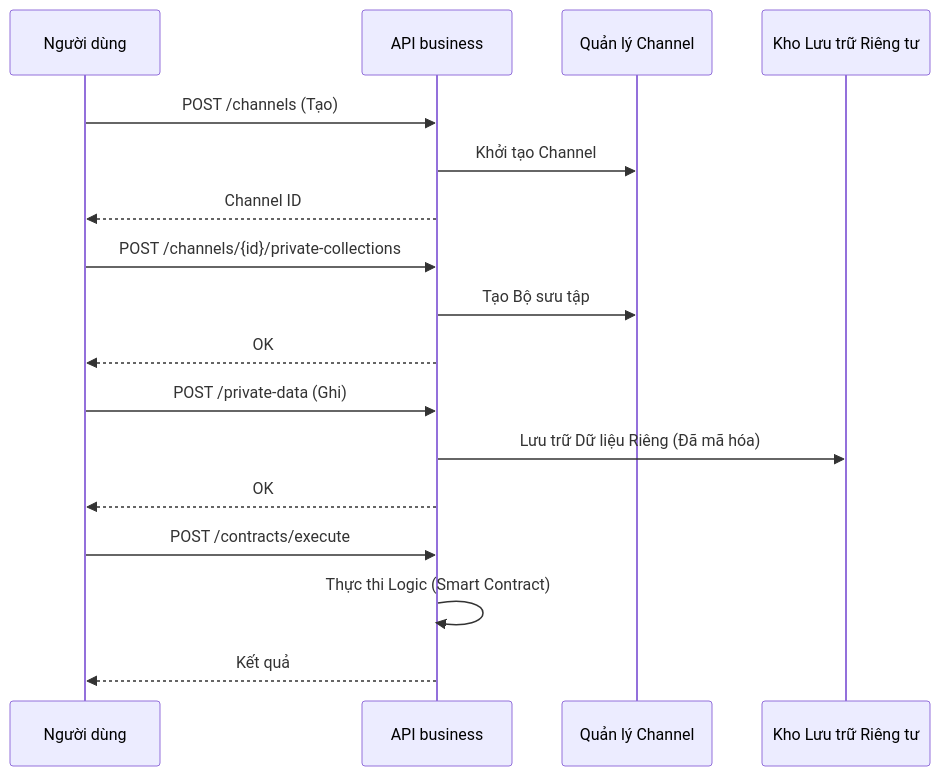
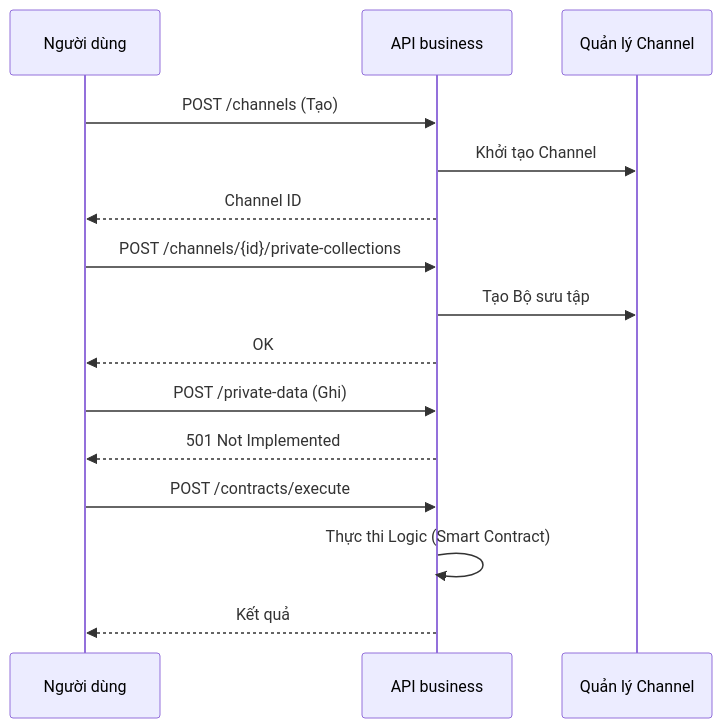
Before and after one commit to VanDung-dev/HieraChain: the diagram in docs/vi/reference/api-business.md, drawn with Mermaid. The commit also changed other lines of this file and 63 other files, not shown here.

````diff
--- a/docs/vi/reference/api-business.md
+++ b/docs/vi/reference/api-business.md
@@ -19,23 +19,21 @@
 ```mermaid
 sequenceDiagram
     participant User as Người dùng
     participant API as API business
     participant Channel as Quản lý Channel
-    participant Store as Kho Lưu trữ Riêng tư
 
     User->>API: POST /channels (Tạo)
     API->>Channel: Khởi tạo Channel
     API-->>User: Channel ID
 
     User->>API: POST /channels/{id}/private-collections
     API->>Channel: Tạo Bộ sưu tập
     API-->>User: OK
 
     User->>API: POST /private-data (Ghi)
-    API->>Store: Lưu trữ Dữ liệu Riêng (Đã mã hóa)
-    API-->>User: OK
+    API-->>User: 501 Not Implemented
 
     User->>API: POST /contracts/execute
     API->>API: Thực thi Logic (Smart Contract)
     API-->>User: Kết quả
 ```
````
